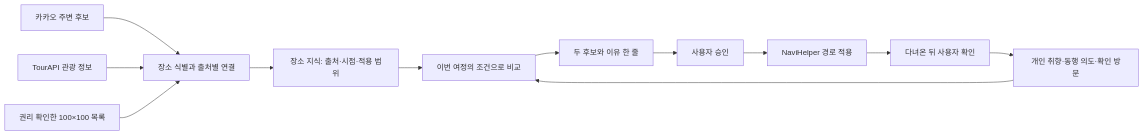
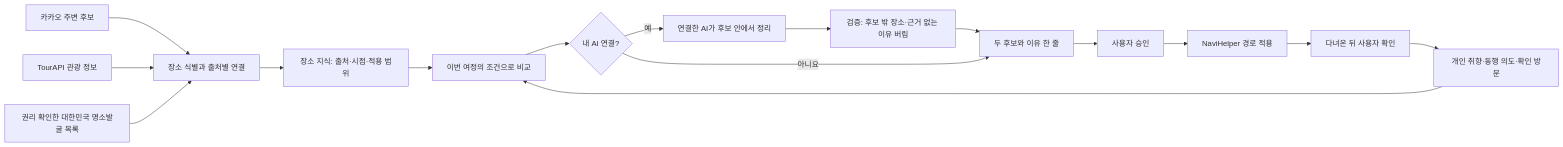
Before and after one commit to CyberFlower/htf-jaemin-I: the diagram in projects/grandma/PLACE-INTEGRATION.md, drawn with Mermaid. The commit also changed other lines of this file and 32 other files, not shown here.

````diff
--- a/projects/grandma/PLACE-INTEGRATION.md
+++ b/projects/grandma/PLACE-INTEGRATION.md
@@ -40,14 +40,18 @@
 ```mermaid
 flowchart LR
   K[카카오 주변 후보] --> M[장소 식별과 출처별 연결]
   T[TourAPI 관광 정보] --> M
-  C[권리 확인한 100×100 목록] --> M
+  C[권리 확인한 대한민국 명소발굴 목록] --> M
   M --> P[장소 지식: 출처·시점·적용 범위]
   U[개인 취향·동행 의도·확인 방문] --> R[이번 여정의 조건으로 비교]
   P --> R
-  R --> V[두 후보와 이유 한 줄]
+  R --> L{내 AI 연결?}
+  L -- 예 --> G[연결한 AI가 후보 안에서 정리]
+  G --> Q[검증: 후보 밖 장소·근거 없는 이유 버림]
+  Q --> V[두 후보와 이유 한 줄]
+  L -- 아니요 --> V
   V --> A[사용자 승인]
   A --> N[NaviHelper 경로 적용]
   N --> F[다녀온 뒤 사용자 확인]
   F --> U
 ```
````
